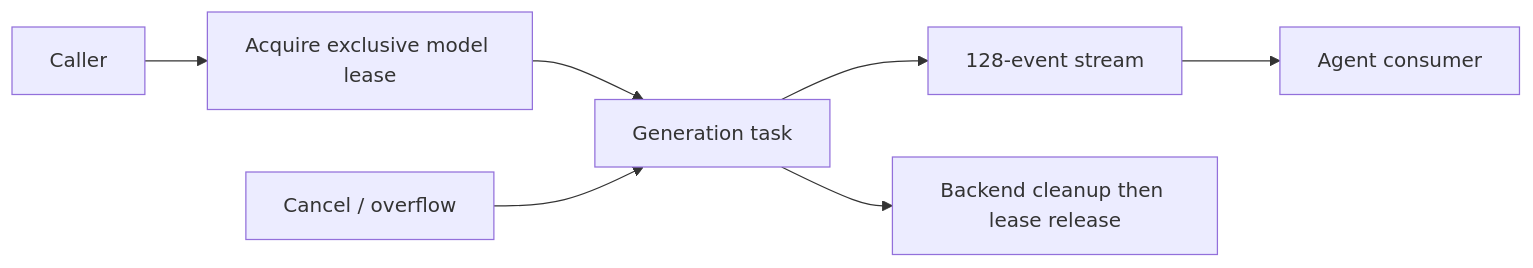
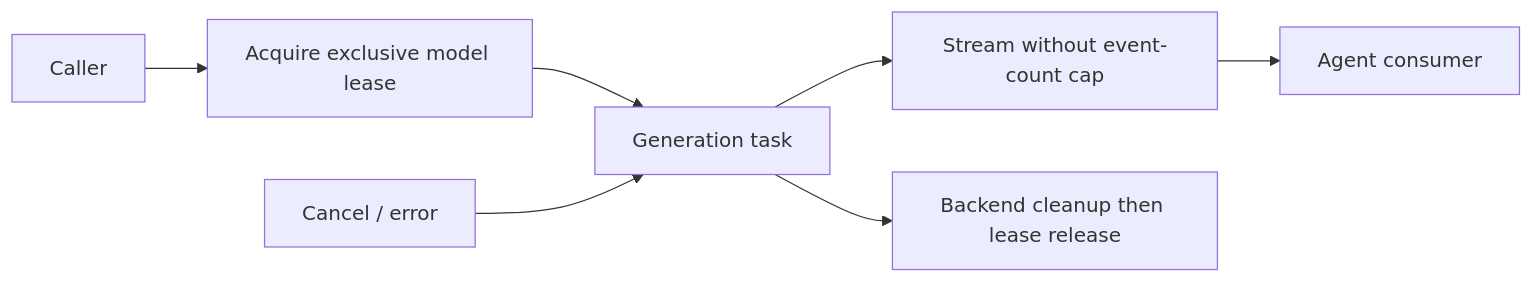
The second of 2 diagrams in MobileHarness/ModelKit/Language/LLM/Qwen35/README.md (devilyouwei/MobileHarness), drawn with Mermaid before and after one commit. The commit also changed other lines of this file and 109 other files, not shown here.

````diff
--- a/MobileHarness/ModelKit/Language/LLM/Qwen35/README.md
+++ b/MobileHarness/ModelKit/Language/LLM/Qwen35/README.md
@@ -31,9 +31,9 @@
 ```mermaid
 flowchart LR
     Caller --> Lease[Acquire exclusive model lease]
     Lease --> Worker[Generation task]
-    Worker --> Buffer[128-event stream]
+    Worker --> Buffer[Stream without event-count cap]
     Buffer --> Consumer[Agent consumer]
-    Cancel[Cancel / overflow] --> Worker
+    Cancel[Cancel / error] --> Worker
     Worker --> Cleanup[Backend cleanup then lease release]
 ```
````
